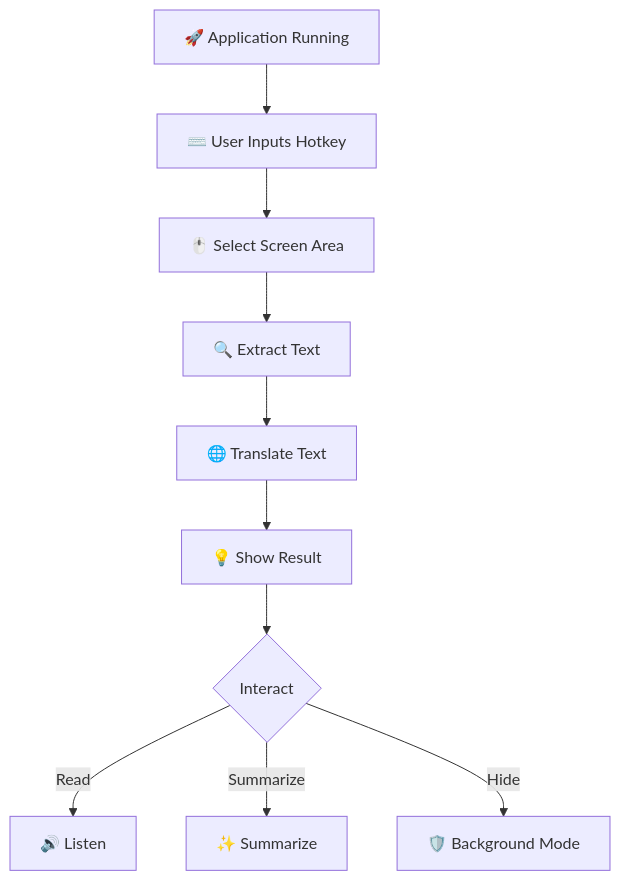
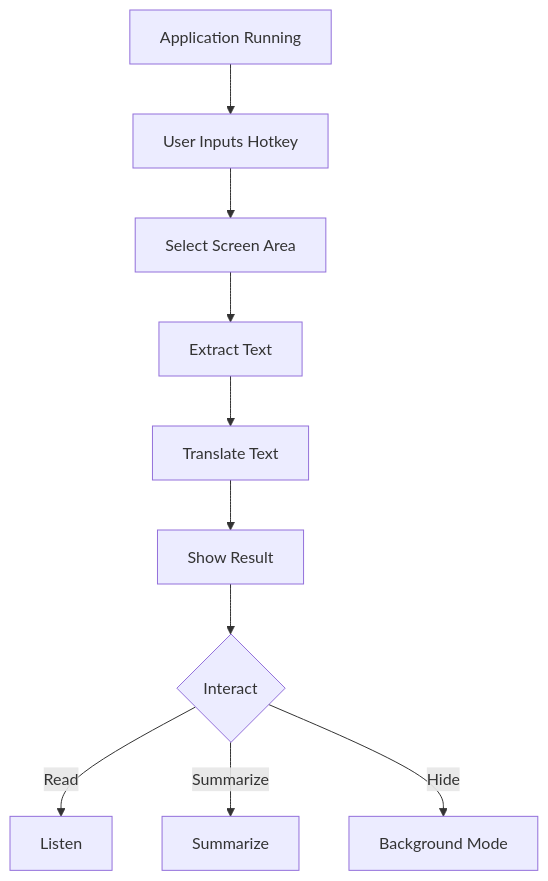
Before and after one commit to Samar-365/lingo_live: the second of 2 diagrams in README.md, drawn with Mermaid. The commit also changed other lines of this file, not shown here.

````diff
--- a/README.md
+++ b/README.md
@@ -89,12 +89,12 @@
 ```mermaid
 flowchart TD
-    Start[🚀 Application Running] --> Hotkey[⌨️ User Inputs Hotkey]
-    Hotkey --> Select[🖱️ Select Screen Area]
-    Select --> Extract[🔍 Extract Text]
-    Extract --> Translate[🌐 Translate Text]
-    Translate --> Result[💡 Show Result]
+    Start[Application Running] --> Hotkey[User Inputs Hotkey]
+    Hotkey --> Select[Select Screen Area]
+    Select --> Extract[Extract Text]
+    Extract --> Translate[Translate Text]
+    Translate --> Result[Show Result]
     Result --> Actions{Interact}
-    Actions --> |Read| Listen[🔊 Listen]
-    Actions --> |Summarize| Summary[✨ Summarize]
-    Actions --> |Hide| Background[🛡️ Background Mode]
+    Actions --> |Read| Listen[Listen]
+    Actions --> |Summarize| Summary[Summarize]
+    Actions --> |Hide| Background[Background Mode]
 ```
````
